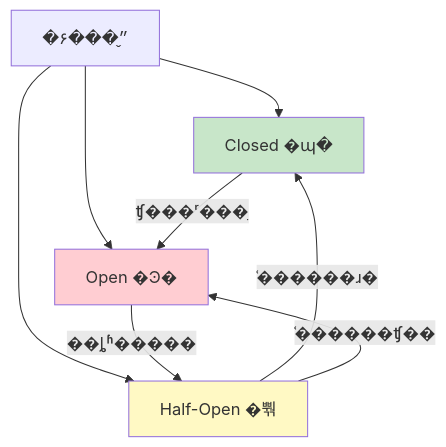
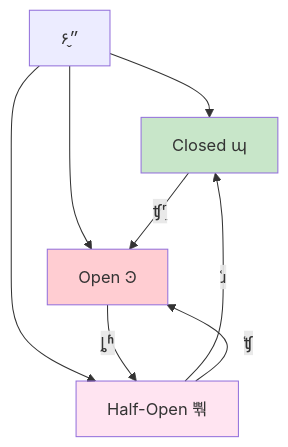
The fourth of 9 diagrams in content/post/ai-interview/Agent工具调用失败如何处理.zh-CN.md (TimeHunter618/hugo-maid-code), drawn with Mermaid before and after one commit. The commit also changed other lines of this file and 55 other files, not shown here.

````diff
--- a/content/post/ai-interview/Agent工具调用失败如何处理.zh-CN.md
+++ b/content/post/ai-interview/Agent工具调用失败如何处理.zh-CN.md
@@ -202,15 +202,15 @@
 ```mermaid
 graph TD
-    A[�۶���״̬] --> B[Closed �պ�]
-    A --> C[Open �Ͽ�]
-    A --> D[Half-Open �뿪]
+    A[۶״̬] --> B[Closed պ]
+    A --> C[Open Ͽ]
+    A --> D[Half-Open 뿪]
 
-    B -->|ʧ���ʳ���ֵ| C
-    C -->|��ȴʱ�����| D
-    D -->|̽������ɹ�| B
-    D -->|̽������ʧ��| C
+    B -->|ʧʳֵ| C
+    C -->|ȴʱ| D
+    D -->|̽ɹ| B
+    D -->|̽ʧ| C
 
     style C fill:#ffcdd2
     style B fill:#c8e6c9
-    style D fill:#fff9c4
+    style D fill:#f9c4
 ```
````
